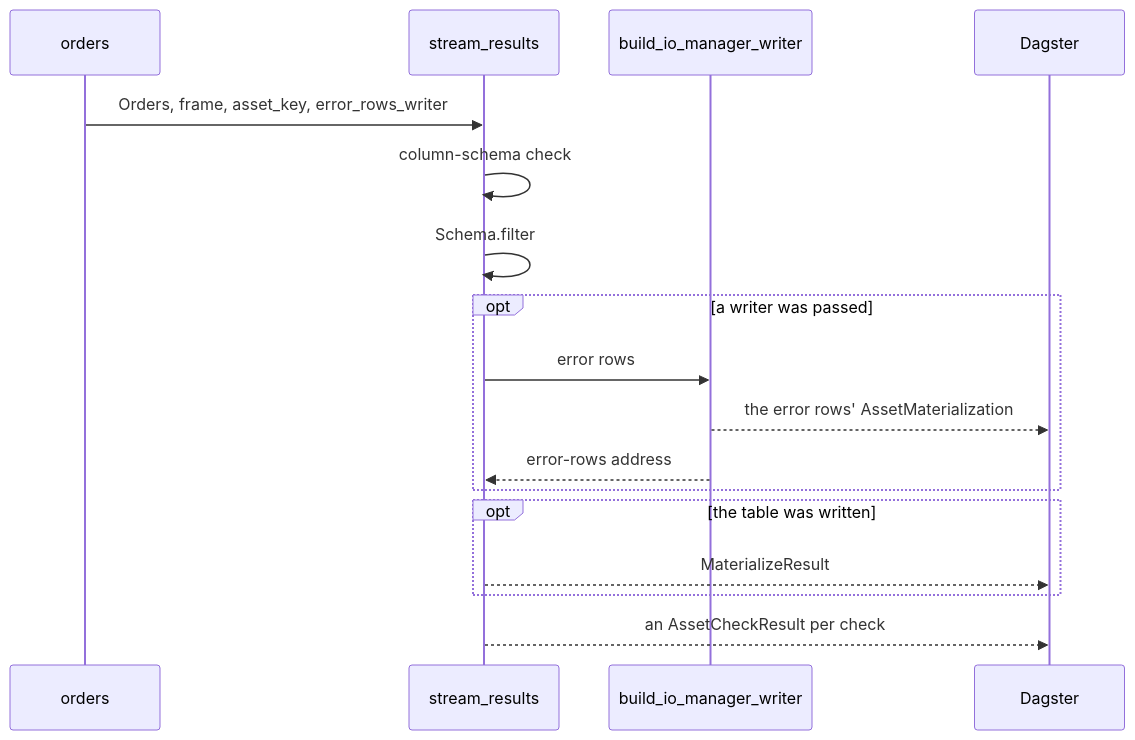
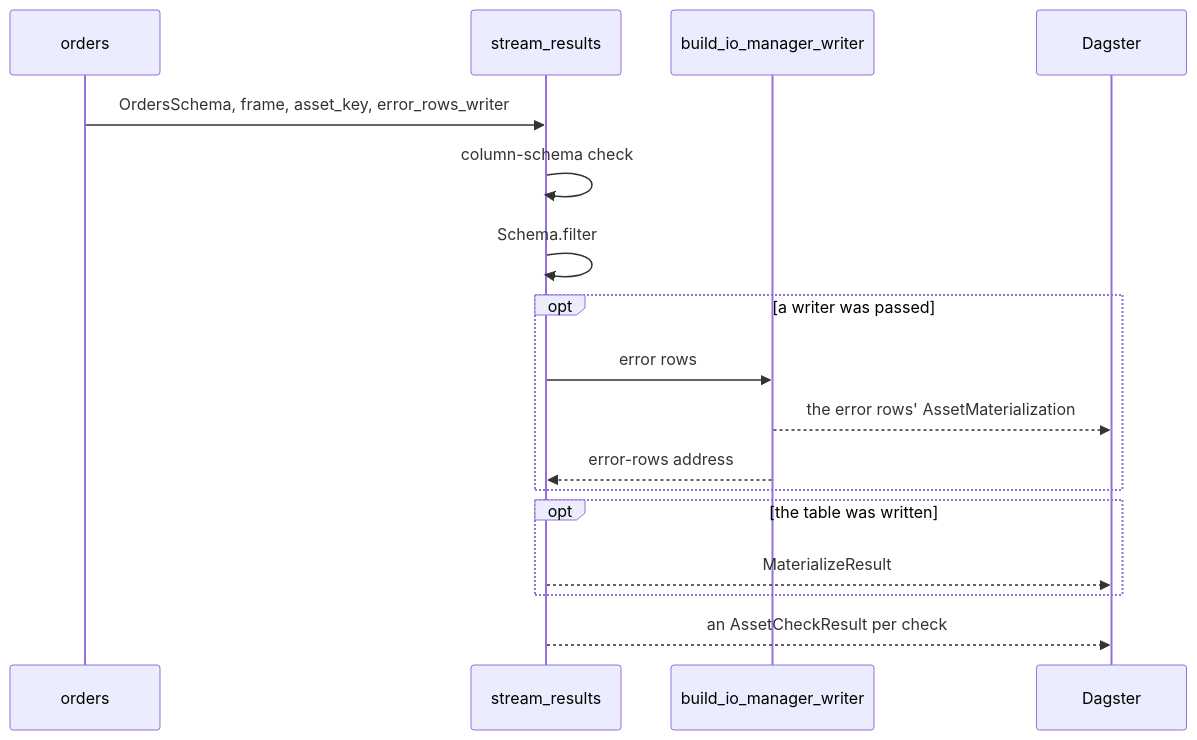
One commit to ozanozbeker/dagster-dataframely changed the second of 2 diagrams in user_guide/hand-wiring.qmd. Above: the diagram before and after it, drawn with Mermaid. The commit also changed other lines of this file and 59 other files, not shown here.

First line of the commit message:
feat!: ship the example schema in dd.data and name every schema with the Schema suffix

````diff
--- a/user_guide/hand-wiring.qmd
+++ b/user_guide/hand-wiring.qmd
@@ -163,20 +165,20 @@
 ```{mermaid}
 %%| label: hand-wiring-sequence
 sequenceDiagram
     participant A as orders
     participant V as stream_results
     participant W as build_io_manager_writer
     participant D as Dagster
-    A->>V: Orders, frame, asset_key, error_rows_writer
+    A->>V: OrdersSchema, frame, asset_key, error_rows_writer
     V->>V: column-schema check
     V->>V: Schema.filter
     opt a writer was passed
         V->>W: error rows
         W-->>D: the error rows' AssetMaterialization
         W-->>V: error-rows address
     end
     opt the table was written
         V-->>D: MaterializeResult
     end
     V-->>D: an AssetCheckResult per check
 ```
````
